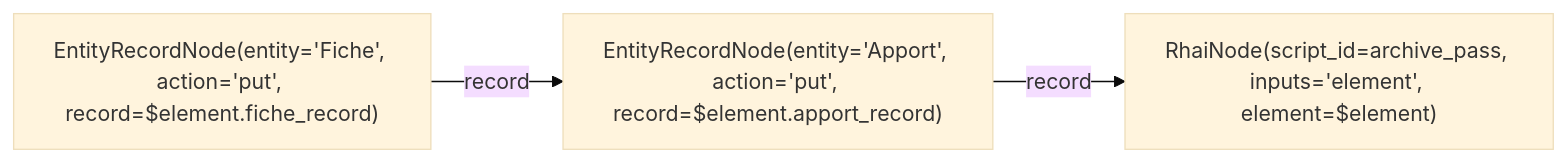
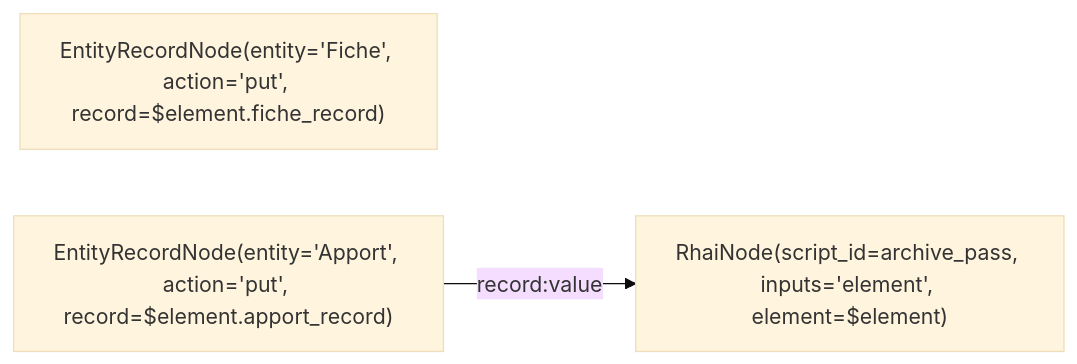
One commit to L-Defraiteur/rag3db changed the diagram in extension/rag3weaver/templates/backends/memory/graphs/archive_create.mmd. Above: the diagram before and after it, drawn with Mermaid (base theme). The commit also changed 4 other files, not shown here.

Commit message:
fix(mémoire): les arêtes des graphes de l'archive nomment leurs ports d'entrée (element, elements, value, record, text) ; la fiche proposée et son apport s'écrivent sans arête entre eux

```diff
--- a/extension/rag3weaver/templates/backends/memory/graphs/archive_create.mmd
+++ b/extension/rag3weaver/templates/backends/memory/graphs/archive_create.mmd
@@ -1,11 +1,10 @@
 %% tool: archive_create
 %% description: Une fiche proposée (state proposed), nommée par le titre de la section, puis l'apport L1 de la section dessus (kind = create). Rend l'élément tel quel pour l'étage des liens.
 %% param: element json! -- L'élément décidé (archive_decided) : fiche_record, apport_record, apport_key, links, doc_value…
 %% result: out.result
 
 graph LR
     fiche["EntityRecordNode(entity='Fiche', action='put', record=$element.fiche_record)"]
     write["EntityRecordNode(entity='Apport', action='put', record=$element.apport_record)"]
     out["RhaiNode(script_id=archive_pass, inputs='element', element=$element)"]
-    fiche -->|record| write
-    write -->|record| out
+    write -->|record:value| out
```
